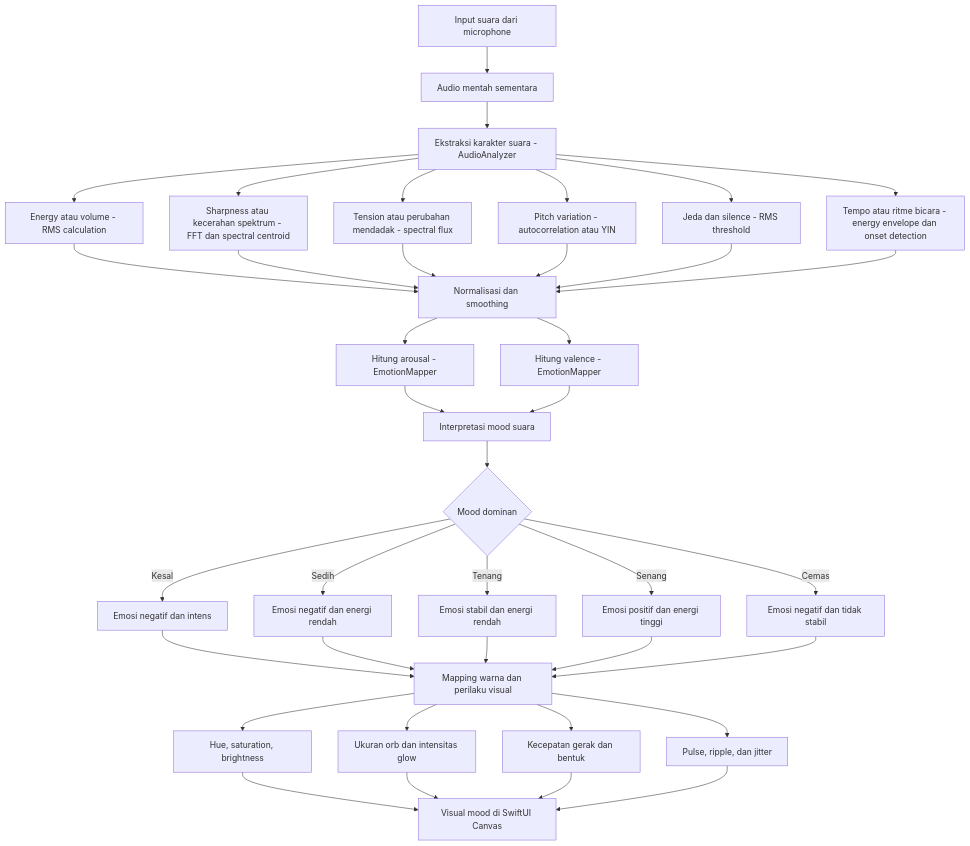
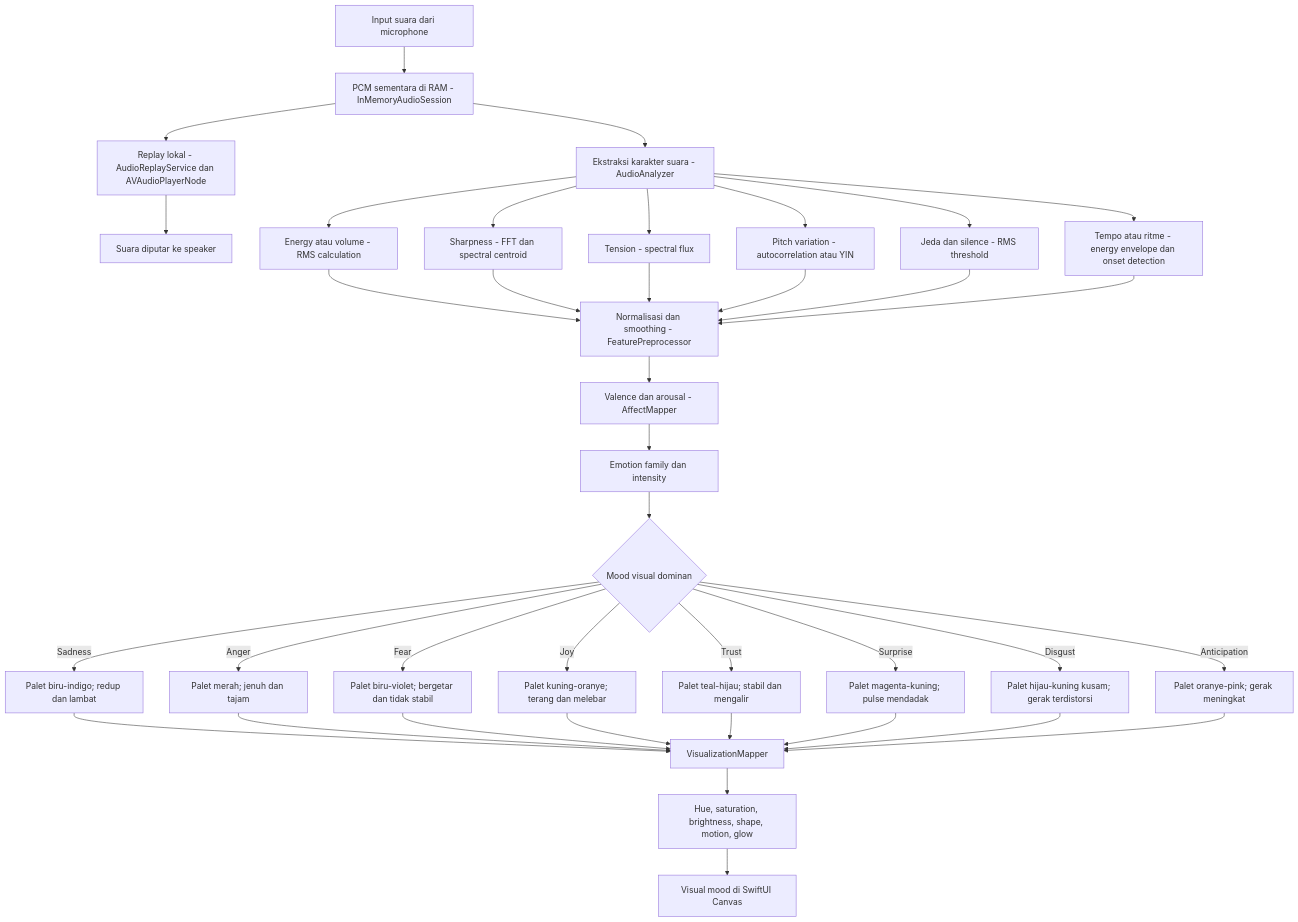
One commit to nunutech40/ConvertAudioToColor changed the first of 2 diagrams in audio-to-emotion-flowcharts.md. Above: the diagram before and after it, drawn with Mermaid. The commit also changed other lines of this file and 1 other file, not shown here.

Commit message:
refactor design for affect mapping and audio replay

````diff
--- a/audio-to-emotion-flowcharts.md
+++ b/audio-to-emotion-flowcharts.md
@@ -7,48 +7,46 @@
 ```mermaid
 flowchart TD
-    A[Input suara dari microphone] --> B[Audio mentah sementara]
+    A[Input suara dari microphone] --> B[PCM sementara di RAM - InMemoryAudioSession]
     B --> C[Ekstraksi karakter suara - AudioAnalyzer]
+    B --> Z[Replay lokal - AudioReplayService dan AVAudioPlayerNode]
+    Z --> AA[Suara diputar ke speaker]
 
     C --> D[Energy atau volume - RMS calculation]
-    C --> E[Sharpness atau kecerahan spektrum - FFT dan spectral centroid]
-    C --> F[Tension atau perubahan mendadak - spectral flux]
+    C --> E[Sharpness - FFT dan spectral centroid]
+    C --> F[Tension - spectral flux]
     C --> G[Pitch variation - autocorrelation atau YIN]
     C --> H[Jeda dan silence - RMS threshold]
-    C --> I[Tempo atau ritme bicara - energy envelope dan onset detection]
+    C --> I[Tempo atau ritme - energy envelope dan onset detection]
 
-    D --> J[Normalisasi dan smoothing]
+    D --> J[Normalisasi dan smoothing - FeaturePreprocessor]
     E --> J
     F --> J
     G --> J
     H --> J
     I --> J
 
-    J --> K[Hitung arousal - EmotionMapper]
-    J --> L[Hitung valence - EmotionMapper]
+    J --> K[Valence dan arousal - AffectMapper]
+    K --> L[Emotion family dan intensity]
 
-    K --> M[Interpretasi mood suara]
-    L --> M
+    L --> M{Mood visual dominan}
+    M -- Sadness --> N[Palet biru-indigo; redup dan lambat]
+    M -- Anger --> O[Palet merah; jenuh dan tajam]
+    M -- Fear --> P[Palet biru-violet; bergetar dan tidak stabil]
+    M -- Joy --> Q[Palet kuning-oranye; terang dan melebar]
+    M -- Trust --> R[Palet teal-hijau; stabil dan mengalir]
+    M -- Surprise --> S[Palet magenta-kuning; pulse mendadak]
+    M -- Disgust --> T[Palet hijau-kuning kusam; gerak terdistorsi]
+    M -- Anticipation --> U[Palet oranye-pink; gerak meningkat]
 
-    M --> N{Mood dominan}
-    N -- Kesal --> O[Emosi negatif dan intens]
-    N -- Sedih --> P[Emosi negatif dan energi rendah]
-    N -- Tenang --> Q[Emosi stabil dan energi rendah]
-    N -- Senang --> R[Emosi positif dan energi tinggi]
-    N -- Cemas --> S[Emosi negatif dan tidak stabil]
+    N --> V[VisualizationMapper]
+    O --> V
+    P --> V
+    Q --> V
+    R --> V
+    S --> V
+    T --> V
+    U --> V
 
-    O --> T[Mapping warna dan perilaku visual]
-    P --> T
-    Q --> T
-    R --> T
-    S --> T
-
-    T --> U[Hue, saturation, brightness]
-    T --> V[Ukuran orb dan intensitas glow]
-    T --> W[Kecepatan gerak dan bentuk]
-    T --> X[Pulse, ripple, dan jitter]
-
-    U --> Y[Visual mood di SwiftUI Canvas]
-    V --> Y
-    W --> Y
-    X --> Y
+    V --> W[Hue, saturation, brightness, shape, motion, glow]
+    W --> X[Visual mood di SwiftUI Canvas]
 ```
````
